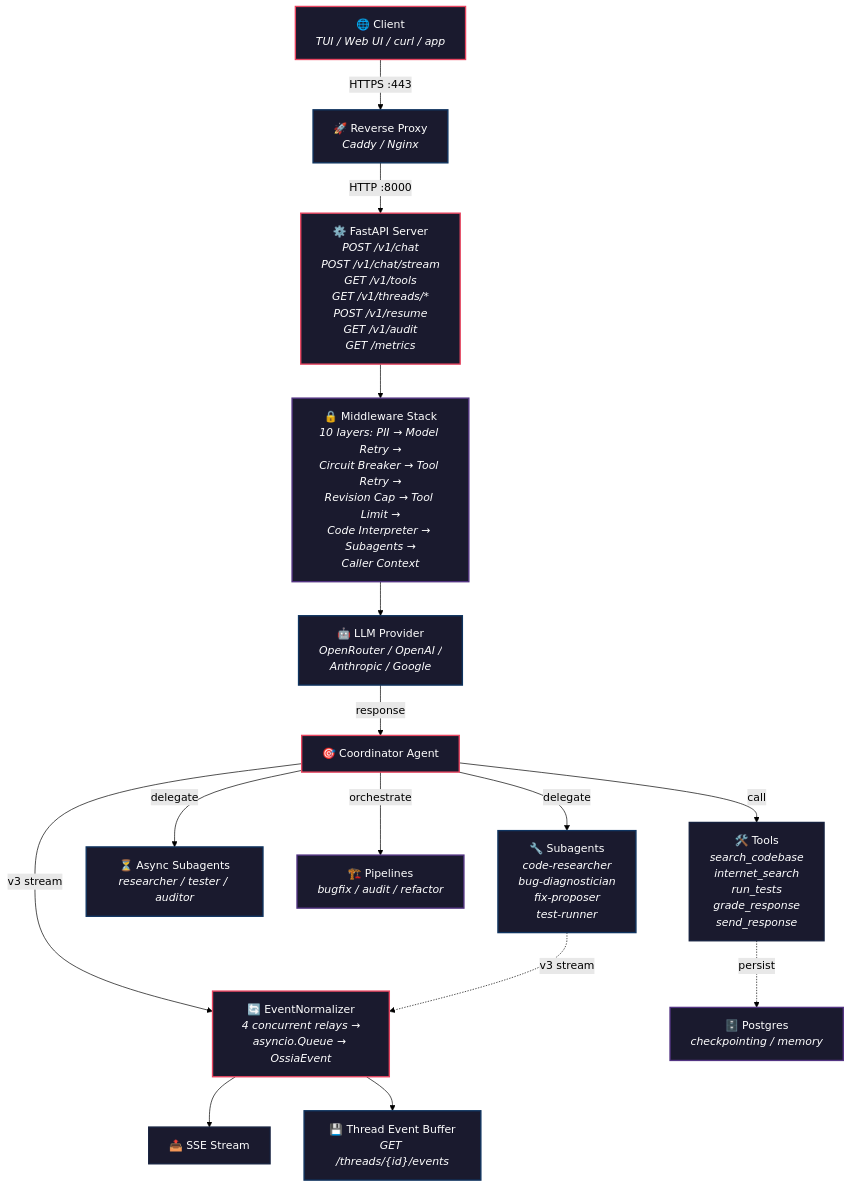
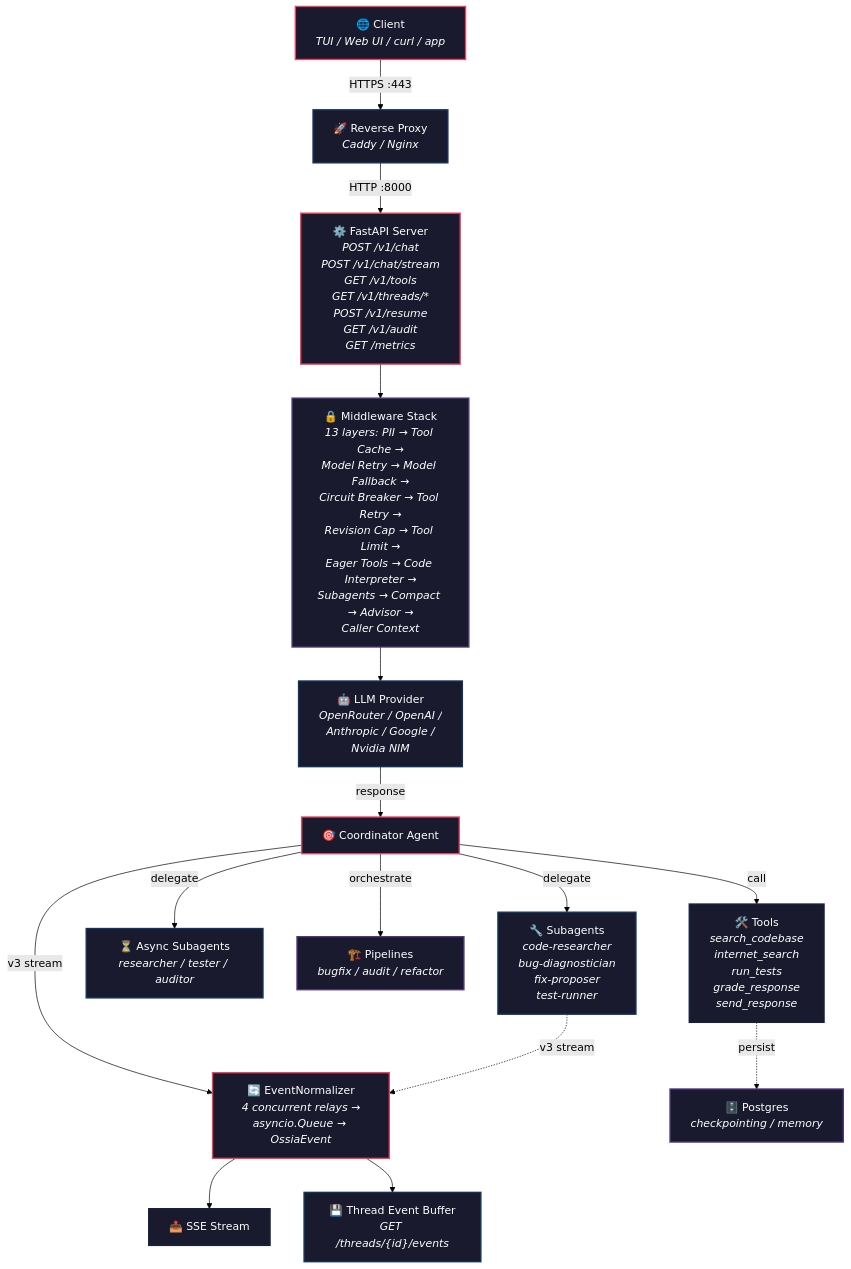
Before and after one commit to Kiy-K/Ossia: the diagram in README.md, drawn with Mermaid (forest theme). The commit also changed other lines of this file and 12 other files, not shown here.

First line of the commit message:
feat: NIM provider + community middlewares + frontend/backend fixes

````diff
--- a/README.md
+++ b/README.md
@@ -37,47 +37,47 @@
 ```mermaid
 flowchart TB
     Client["🌐 Client<br/><i>TUI / Web UI / curl / app</i>"]
     Proxy["🚀 Reverse Proxy<br/><i>Caddy / Nginx</i>"]
     API["⚙️ FastAPI Server<br/><i>POST /v1/chat<br/>POST /v1/chat/stream<br/>GET /v1/tools<br/>GET /v1/threads/*<br/>POST /v1/resume<br/>GET /v1/audit<br/>GET /metrics</i>"]
-    MW["🔒 Middleware Stack<br/><i>10 layers: PII → Model Retry →<br/>Circuit Breaker → Tool Retry →<br/>Revision Cap → Tool Limit →<br/>Code Interpreter → Subagents →<br/>Caller Context</i>"]
-    LLM["🤖 LLM Provider<br/><i>OpenRouter / OpenAI /<br/>Anthropic / Google</i>"]
+    MW["🔒 Middleware Stack<br/><i>13 layers: PII → Tool Cache →<br/>Model Retry → Model Fallback →<br/>Circuit Breaker → Tool Retry →<br/>Revision Cap → Tool Limit →<br/>Eager Tools → Code Interpreter →<br/>Subagents → Compact → Advisor →<br/>Caller Context</i>"]
+    LLM["🤖 LLM Provider<br/><i>OpenRouter / OpenAI /<br/>Anthropic / Google /<br/>Nvidia NIM</i>"]
     COORD["🎯 Coordinator Agent"]
     SUB["🔧 Subagents<br/><i>code-researcher<br/>bug-diagnostician<br/>fix-proposer<br/>test-runner</i>"]
     ASYNC["⏳ Async Subagents<br/><i>researcher / tester / auditor</i>"]
     PIPE["🏗️ Pipelines<br/><i>bugfix / audit / refactor</i>"]
     TOOLS["🛠️ Tools<br/><i>search_codebase<br/>internet_search<br/>run_tests<br/>grade_response<br/>send_response</i>"]
     NORM["🔄 EventNormalizer<br/><i>4 concurrent relays →<br/>asyncio.Queue → OssiaEvent</i>"]
     SSE["📤 SSE Stream"]
     BUF["💾 Thread Event Buffer<br/><i>GET /threads/{id}/events</i>"]
     POSTGRES["🗄️ Postgres<br/><i>checkpointing / memory</i>"]
 
     Client -->|HTTPS :443| Proxy
     Proxy -->|HTTP :8000| API
     API --> MW
     MW --> LLM
     LLM -->|response| COORD
     COORD -->|delegate| SUB
     COORD -->|delegate| ASYNC
     COORD -->|orchestrate| PIPE
     COORD -->|call| TOOLS
     TOOLS -.->|persist| POSTGRES
     COORD -->|v3 stream| NORM
     SUB -.->|v3 stream| NORM
     NORM --> SSE
     NORM --> BUF
 
     style Client fill:#1a1a2e,stroke:#e94560,stroke-width:2px,color:#fff
     style Proxy fill:#1a1a2e,stroke:#0f3460,stroke-width:2px,color:#fff
     style API fill:#1a1a2e,stroke:#e94560,stroke-width:2px,color:#fff
     style MW fill:#1a1a2e,stroke:#533483,stroke-width:2px,color:#fff
     style LLM fill:#1a1a2e,stroke:#0f3460,stroke-width:2px,color:#fff
     style COORD fill:#1a1a2e,stroke:#e94560,stroke-width:2px,color:#fff
     style SUB fill:#1a1a2e,stroke:#0f3460,stroke-width:2px,color:#fff
     style ASYNC fill:#1a1a2e,stroke:#0f3460,stroke-width:2px,color:#fff
     style PIPE fill:#1a1a2e,stroke:#533483,stroke-width:2px,color:#fff
     style TOOLS fill:#1a1a2e,stroke:#16213e,stroke-width:2px,color:#fff
     style NORM fill:#1a1a2e,stroke:#e94560,stroke-width:2px,color:#fff
     style SSE fill:#1a1a2e,stroke:#16213e,stroke-width:2px,color:#fff
     style BUF fill:#1a1a2e,stroke:#0f3460,stroke-width:2px,color:#fff
     style POSTGRES fill:#1a1a2e,stroke:#533483,stroke-width:2px,color:#fff
 ```
````
